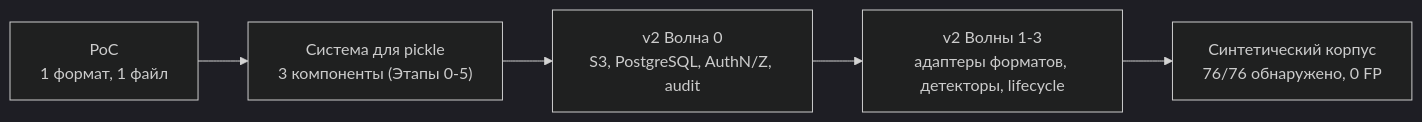
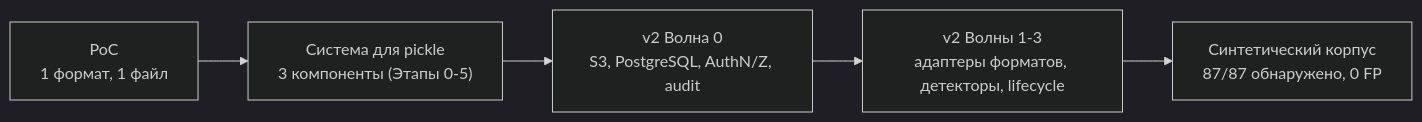
The diagram in README.md (pol4/MLScan), drawn with Mermaid (dark theme) before and after one commit. The commit also changed other lines of this file and 51 other files, not shown here.

````diff
--- a/README.md
+++ b/README.md
@@ -32,7 +32,7 @@
 ```mermaid
 flowchart LR
   P["PoC<br/>1 формат, 1 файл"] --> S["Система для pickle<br/>3 компоненты (Этапы 0-5)"]
   S --> V0["v2 Волна 0<br/>S3, PostgreSQL, AuthN/Z, audit"]
   V0 --> V1["v2 Волны 1-3<br/>адаптеры форматов, детекторы, lifecycle"]
-  V1 --> T["Синтетический корпус<br/>76/76 обнаружено, 0 FP"]
+  V1 --> T["Синтетический корпус<br/>87/87 обнаружено, 0 FP"]
 ```
````
